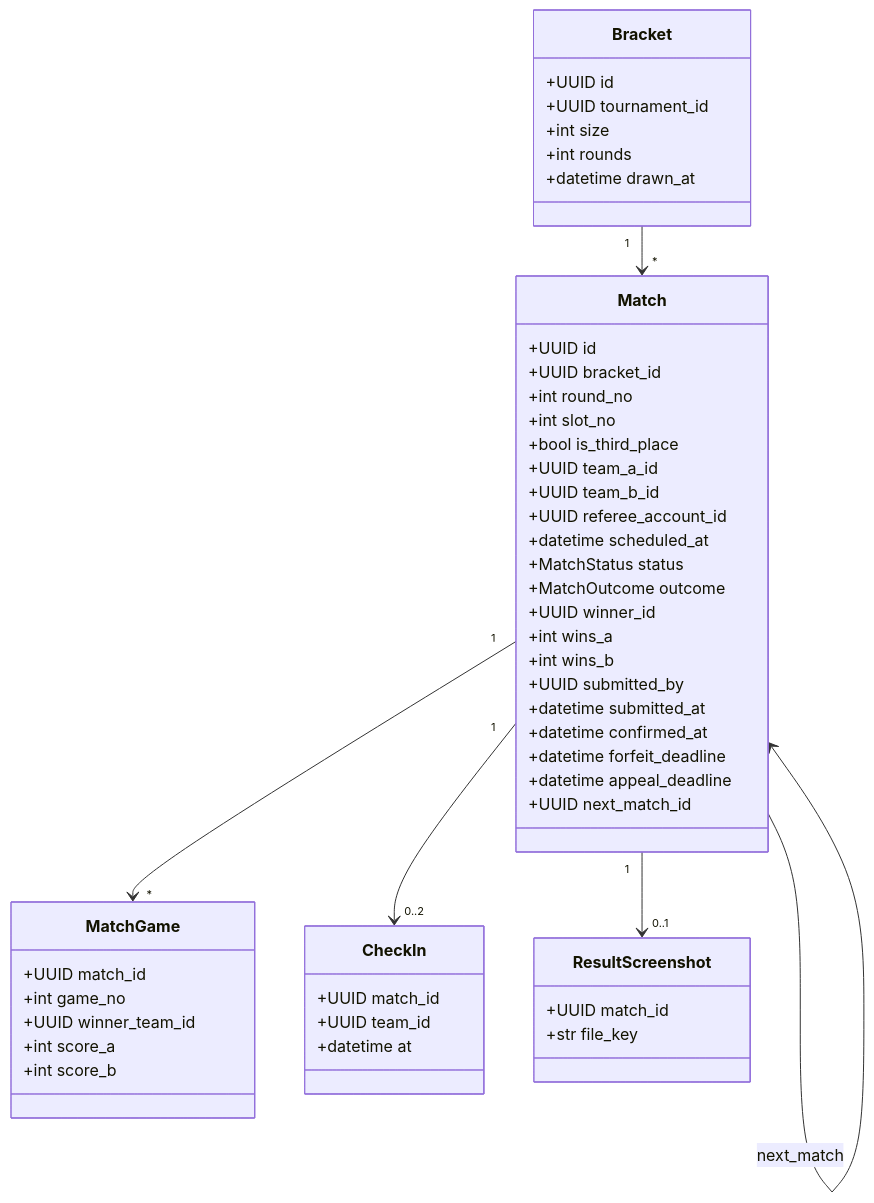
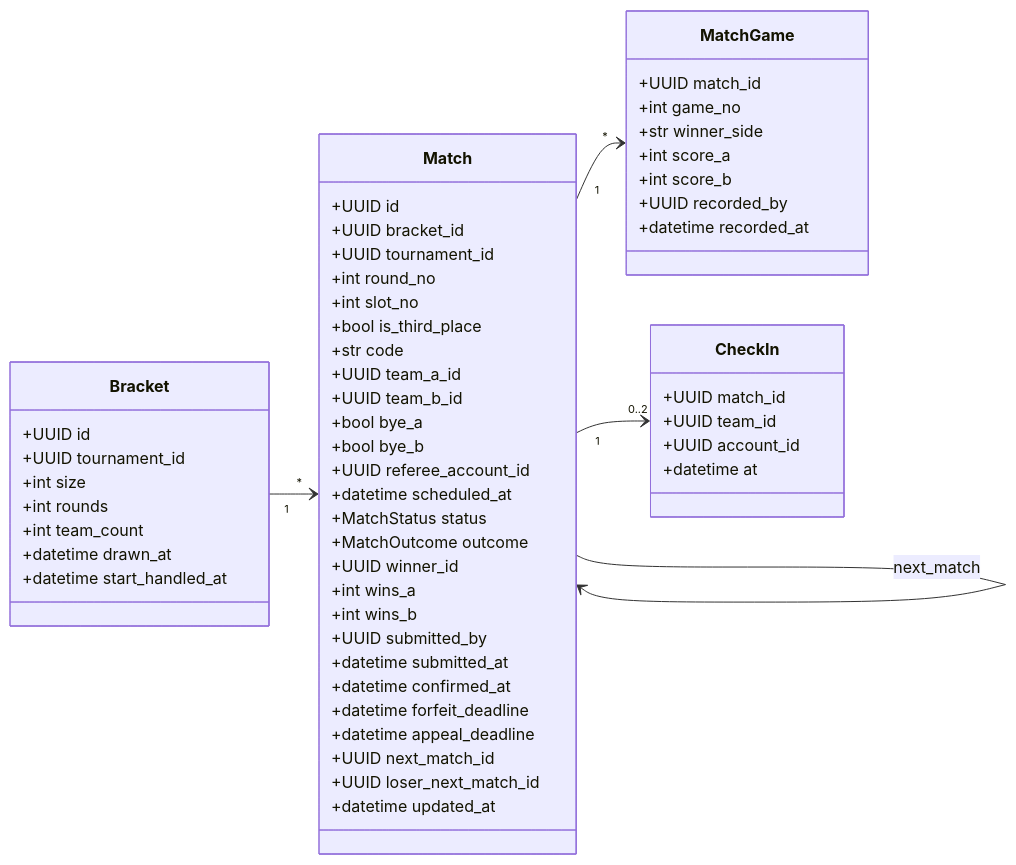
Before and after one commit to Team14good/esport-platform: the tenth of 15 diagrams in docs/midterm/D-物件設計文件.md, drawn with Mermaid. The commit also changed other lines of this file and 14 other files, not shown here.

````diff
--- a/docs/midterm/D-物件設計文件.md
+++ b/docs/midterm/D-物件設計文件.md
@@ -432,53 +488,60 @@
 ```mermaid
 classDiagram
+  direction LR
   class Bracket {
     +UUID id
     +UUID tournament_id
     +int size
     +int rounds
+    +int team_count
     +datetime drawn_at
+    +datetime start_handled_at
   }
   class Match {
     +UUID id
     +UUID bracket_id
+    +UUID tournament_id
     +int round_no
     +int slot_no
     +bool is_third_place
+    +str code
     +UUID team_a_id
     +UUID team_b_id
+    +bool bye_a
+    +bool bye_b
     +UUID referee_account_id
     +datetime scheduled_at
     +MatchStatus status
     +MatchOutcome outcome
     +UUID winner_id
     +int wins_a
     +int wins_b
     +UUID submitted_by
     +datetime submitted_at
     +datetime confirmed_at
     +datetime forfeit_deadline
     +datetime appeal_deadline
     +UUID next_match_id
+    +UUID loser_next_match_id
+    +datetime updated_at
   }
   class MatchGame {
     +UUID match_id
     +int game_no
-    +UUID winner_team_id
+    +str winner_side
     +int score_a
     +int score_b
+    +UUID recorded_by
+    +datetime recorded_at
   }
   class CheckIn {
     +UUID match_id
     +UUID team_id
+    +UUID account_id
     +datetime at
-  }
-  class ResultScreenshot {
-    +UUID match_id
-    +str file_key
   }
   Bracket "1" --> "*" Match
   Match "1" --> "*" MatchGame
   Match "1" --> "0..2" CheckIn
-  Match "1" --> "0..1" ResultScreenshot
   Match --> Match : next_match
 ```
````
